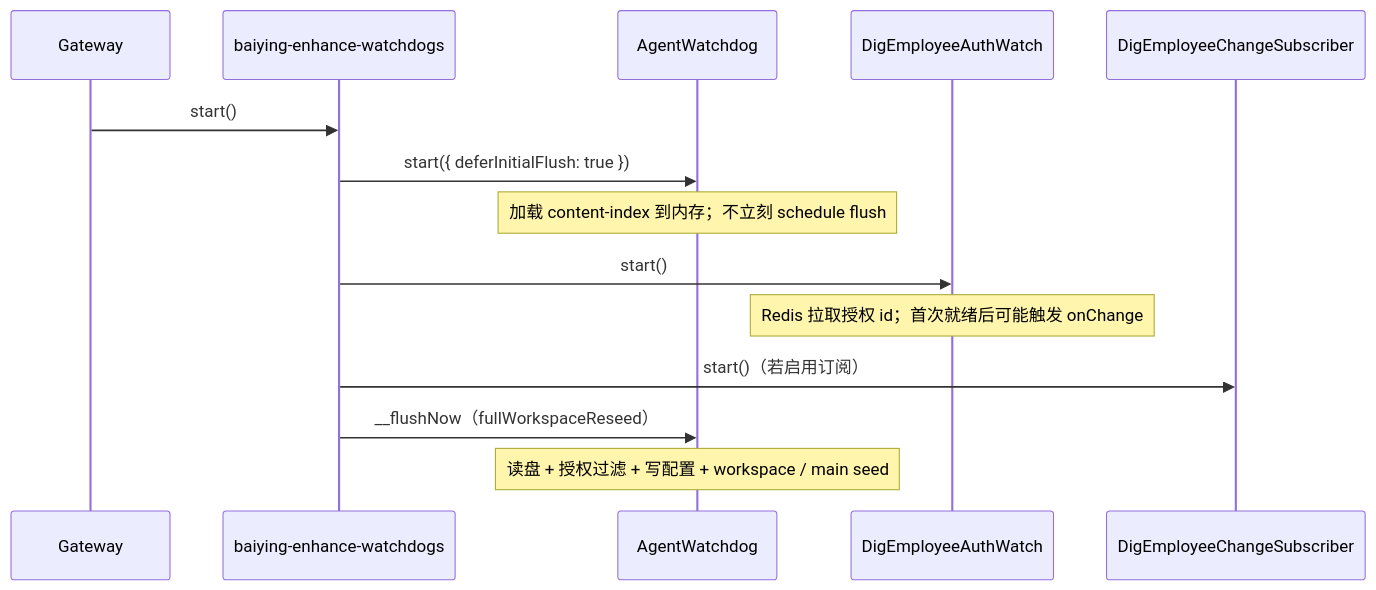
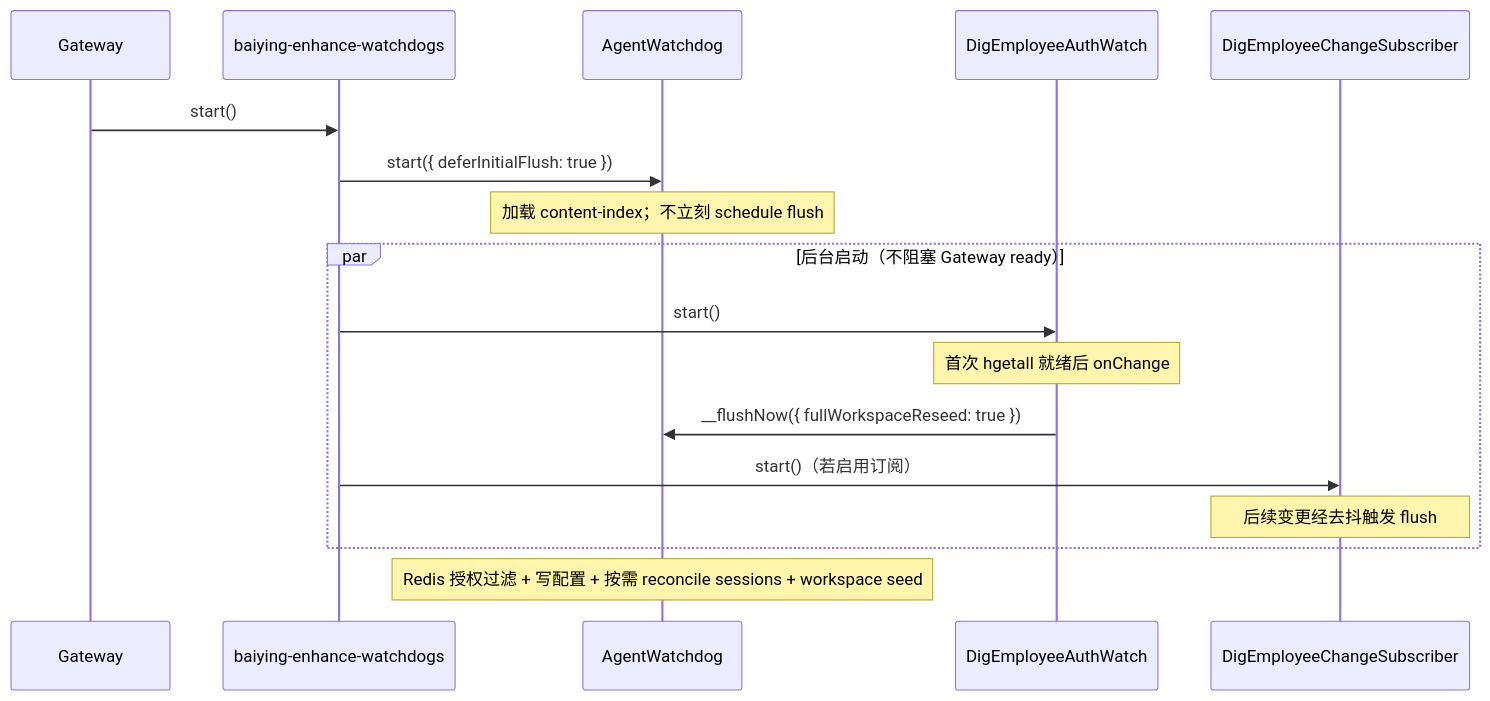
One commit to beyonai/ByClaw changed the second of 6 diagrams in byclaw-exe/extensions/baiying-enhance/docs/PLUGIN_OVERVIEW.zh-CN.md. Above: the diagram before and after it, drawn with Mermaid. The commit also changed other lines of this file and 23 other files, not shown here.

````diff
--- a/byclaw-exe/extensions/baiying-enhance/docs/PLUGIN_OVERVIEW.zh-CN.md
+++ b/byclaw-exe/extensions/baiying-enhance/docs/PLUGIN_OVERVIEW.zh-CN.md
@@ -106,17 +110,20 @@
 ```mermaid
 sequenceDiagram
   participant GW as Gateway
   participant SVC as baiying-enhance-watchdogs
   participant WD as AgentWatchdog
   participant AUTH as DigEmployeeAuthWatch
   participant PUB as DigEmployeeChangeSubscriber
 
   GW->>SVC: start()
   SVC->>WD: start({ deferInitialFlush: true })
-  Note over WD: 加载 content-index 到内存；不立刻 schedule flush
-  SVC->>AUTH: start()
-  Note over AUTH: Redis 拉取授权 id；首次就绪后可能触发 onChange
-  SVC->>PUB: start()（若启用订阅）
-  SVC->>WD: __flushNow（fullWorkspaceReseed）
-  Note over WD: 读盘 + 授权过滤 + 写配置 + workspace / main seed
+  Note over WD: 加载 content-index；不立刻 schedule flush
+  par 后台启动（不阻塞 Gateway ready）
+    SVC->>AUTH: start()
+    Note over AUTH: 首次 hgetall 就绪后 onChange
+    AUTH->>WD: __flushNow({ fullWorkspaceReseed: true })
+    SVC->>PUB: start()（若启用订阅）
+    Note over PUB: 后续变更经去抖触发 flush
+  end
+  Note over WD: Redis 授权过滤 + 写配置 + 按需 reconcile sessions + workspace seed
 ```
````
